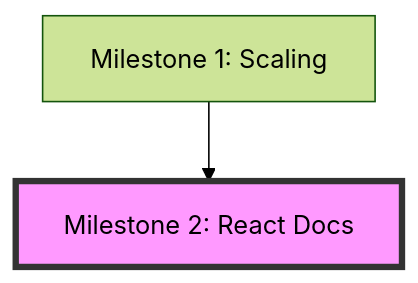
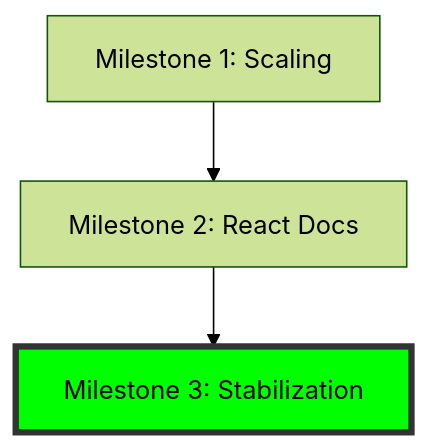
The diagram in .planning/STATE.md (TheJenilDGohel/Synapse), drawn with Mermaid (forest theme) before and after one commit. The commit also changed other lines of this file and 107 other files, not shown here.

````diff
--- a/.planning/STATE.md
+++ b/.planning/STATE.md
@@ -12,5 +12,6 @@
 ```mermaid
 graph TD
     M1[Milestone 1: Scaling] --> M2[Milestone 2: React Docs]
-    style M2 fill:#f9f,stroke:#333,stroke-width:4px
+    M2 --> M3[Milestone 3: Stabilization]
+    style M3 fill:#0f0,stroke:#333,stroke-width:4px
 ```
````
